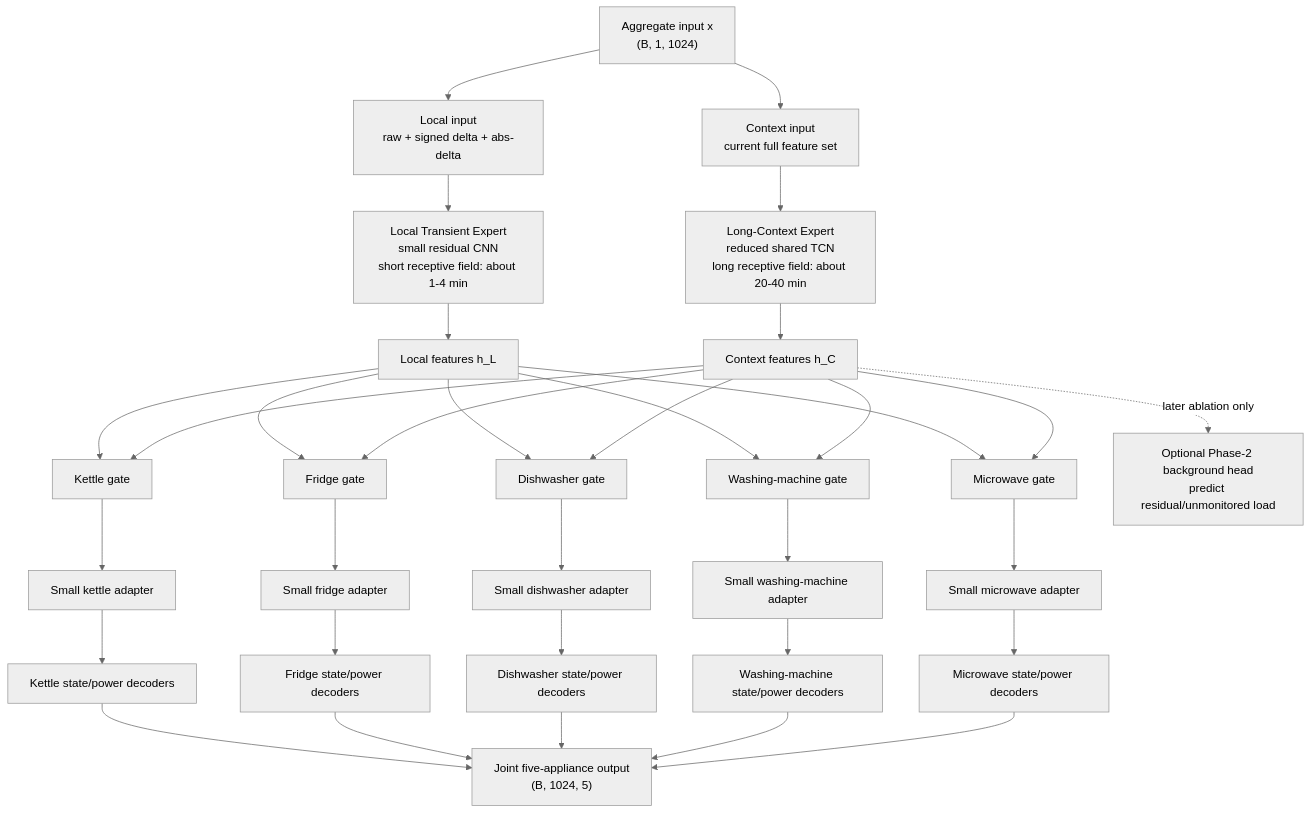
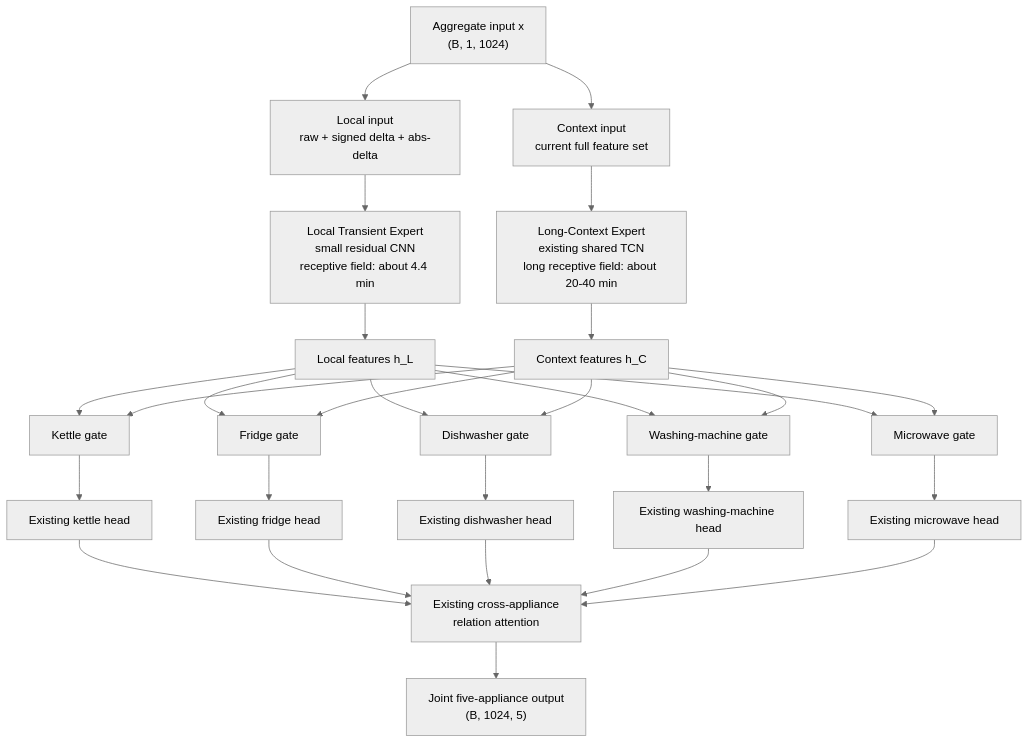
The fourth of 7 diagrams in multi_appliances_NILM/docs/multinilm_dual_expert_architecture_proposal.md (rtie2002/high_low_freq_NILM), drawn with Mermaid (neutral theme) before and after one commit. The commit also changed other lines of this file and 5 other files, not shown here.

````diff
--- a/multi_appliances_NILM/docs/multinilm_dual_expert_architecture_proposal.md
+++ b/multi_appliances_NILM/docs/multinilm_dual_expert_architecture_proposal.md
@@ -178,57 +223,50 @@
 ```mermaid
 flowchart TB
     X["Aggregate input x<br/>(B, 1, 1024)"]
 
     LF["Local input<br/>raw + signed delta + abs-delta"]
     CF["Context input<br/>current full feature set"]
 
-    LE["Local Transient Expert<br/>small residual CNN<br/>short receptive field: about 1-4 min"]
-    CE["Long-Context Expert<br/>reduced shared TCN<br/>long receptive field: about 20-40 min"]
+    LE["Local Transient Expert<br/>small residual CNN<br/>receptive field: about 4.4 min"]
+    CE["Long-Context Expert<br/>existing shared TCN<br/>long receptive field: about 20-40 min"]
 
     HL["Local features h_L"]
     HC["Context features h_C"]
 
     GK["Kettle gate"]
     GF["Fridge gate"]
     GD["Dishwasher gate"]
     GW["Washing-machine gate"]
     GM["Microwave gate"]
 
-    AK["Small kettle adapter"]
-    AF["Small fridge adapter"]
-    AD["Small dishwasher adapter"]
-    AW["Small washing-machine adapter"]
-    AM["Small microwave adapter"]
+    HK["Existing kettle head"]
+    HF["Existing fridge head"]
+    HD["Existing dishwasher head"]
+    HW["Existing washing-machine head"]
+    HM["Existing microwave head"]
 
-    HK["Kettle state/power decoders"]
-    HF["Fridge state/power decoders"]
-    HD["Dishwasher state/power decoders"]
-    HW["Washing-machine state/power decoders"]
-    HM["Microwave state/power decoders"]
+    R["Existing cross-appliance<br/>relation attention"]
 
     OUT["Joint five-appliance output<br/>(B, 1024, 5)"]
-
-    BG["Optional Phase-2 background head<br/>predict residual/unmonitored load"]
 
     X --> LF --> LE --> HL
     X --> CF --> CE --> HC
 
     HL --> GK
     HC --> GK
     HL --> GF
     HC --> GF
     HL --> GD
     HC --> GD
     HL --> GW
     HC --> GW
     HL --> GM
     HC --> GM
 
-    GK --> AK --> HK --> OUT
-    GF --> AF --> HF --> OUT
-    GD --> AD --> HD --> OUT
-    GW --> AW --> HW --> OUT
-    GM --> AM --> HM --> OUT
-
-    HC -. "later ablation only" .-> BG
+    GK --> HK --> R
+    GF --> HF --> R
+    GD --> HD --> R
+    GW --> HW --> R
+    GM --> HM --> R
+    R --> OUT
 ```
````
